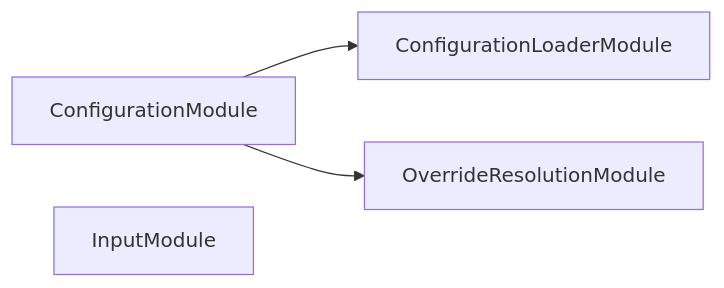
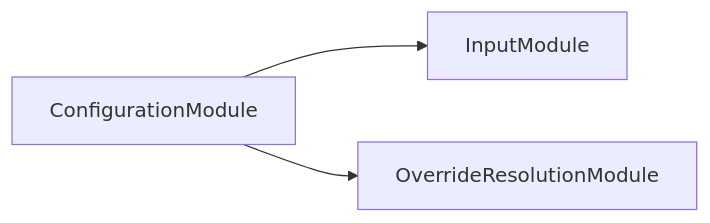
The second of 3 diagrams in packages/ic-suite/codependix/codependix-configuration/README.md (JimmyPaolini/codebase), drawn with Mermaid before and after one commit. The commit also changed other lines of this file and 16 other files, not shown here.

Commit message:
refactor(codependix): ♻️ measure the moved size limits and regenerate the module graphs

````diff
--- a/packages/ic-suite/codependix/codependix-configuration/README.md
+++ b/packages/ic-suite/codependix/codependix-configuration/README.md
@@ -31,9 +35,8 @@
 ```mermaid
 flowchart LR
-  ConfigurationLoaderModule
   ConfigurationModule
   InputModule
   OverrideResolutionModule
-  ConfigurationModule --> ConfigurationLoaderModule
+  ConfigurationModule --> InputModule
   ConfigurationModule --> OverrideResolutionModule
 ```
````
